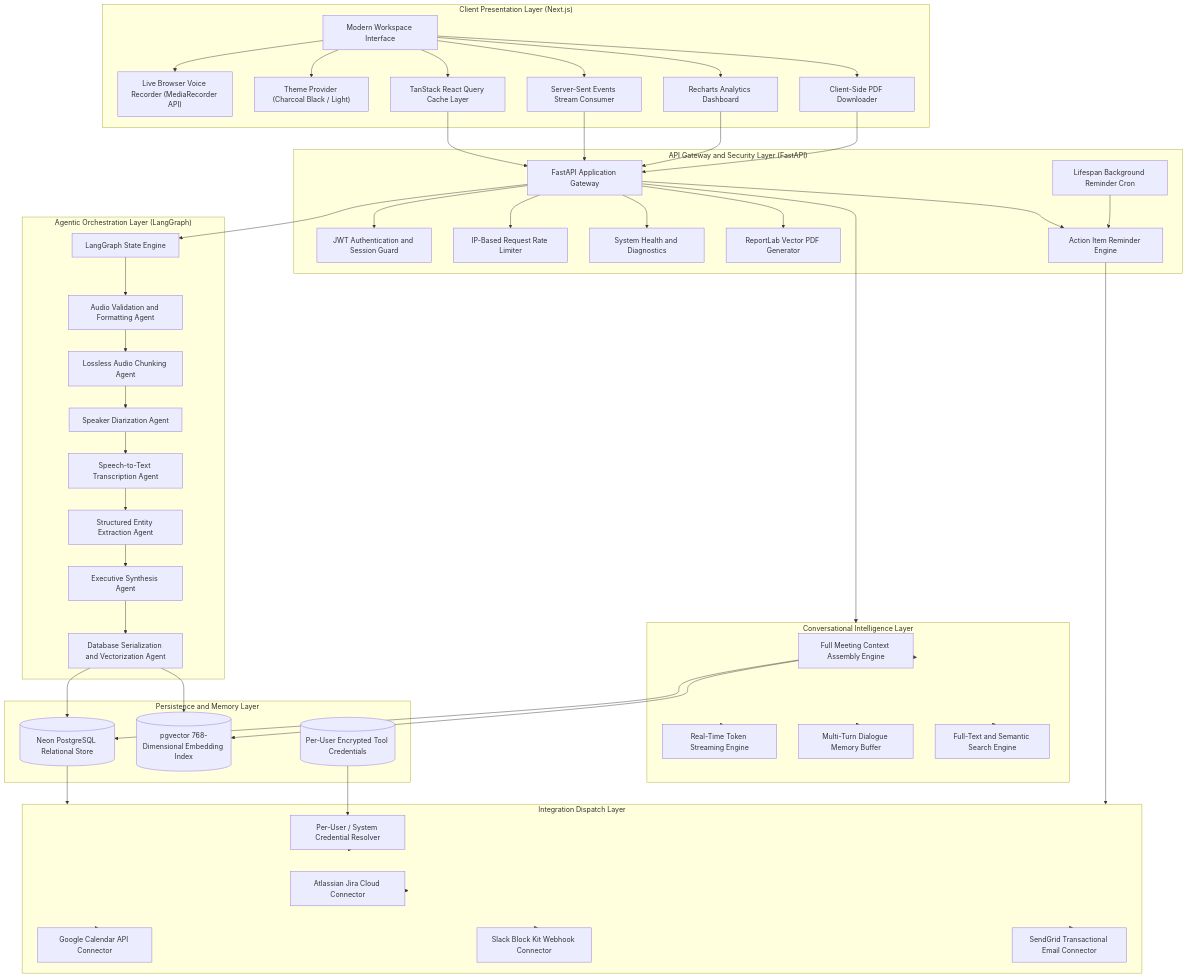
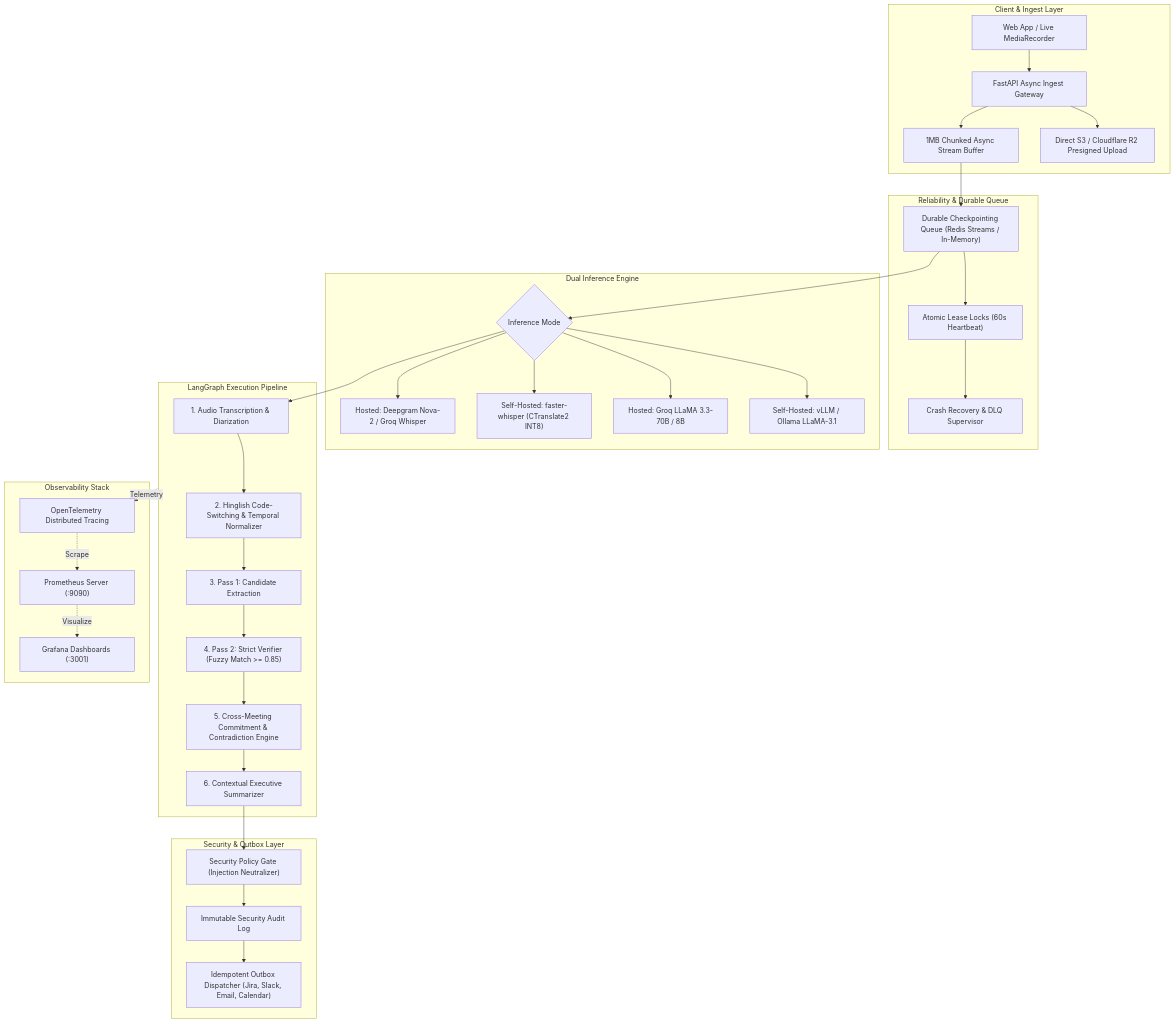
The diagram in Readme.md (ultronop592/Meeting-Intelligence-Agent), drawn with Mermaid before and after one commit. The commit also changed other lines of this file and 2 other files, not shown here.

````diff
--- a/Readme.md
+++ b/Readme.md
@@ -52,103 +40,53 @@
 ```mermaid
-graph TB
-    subgraph ClientPresentationLayer ["Client Presentation Layer (Next.js)"]
-        UI["Modern Workspace Interface"]
-        LiveRecorder["Live Browser Voice Recorder (MediaRecorder API)"]
-        ThemeEngine["Theme Provider (Charcoal Black / Light)"]
-        QueryClient["TanStack React Query Cache Layer"]
-        StreamHandler["Server-Sent Events Stream Consumer"]
-        AnalyticsUI["Recharts Analytics Dashboard"]
-        PDFExportUI["Client-Side PDF Downloader"]
+flowchart TD
+    subgraph Ingest ["Client & Ingest Layer"]
+        CLI["Web App / Live MediaRecorder"]
+        API["FastAPI Async Ingest Gateway"]
+        StreamBuffer["1MB Chunked Async Stream Buffer"]
+        PresignedS3["Direct S3 / Cloudflare R2 Presigned Upload"]
     end
 
-    subgraph APIGatewayLayer ["API Gateway and Security Layer (FastAPI)"]
-        Gateway["FastAPI Application Gateway"]
-        AuthGuard["JWT Authentication and Session Guard"]
-        RateLimiter["IP-Based Request Rate Limiter"]
-        HealthService["System Health and Diagnostics"]
-        PDFExportService["ReportLab Vector PDF Generator"]
-        ReminderService["Action Item Reminder Engine"]
-        ReminderScheduler["Lifespan Background Reminder Cron"]
+    subgraph Queue ["Reliability & Durable Queue"]
+        DurableQueue["Durable Checkpointing Queue (Redis Streams / In-Memory)"]
+        LeaseManager["Atomic Lease Locks (60s Heartbeat)"]
+        CrashSupervisor["Crash Recovery & DLQ Supervisor"]
     end
 
-    subgraph AgenticOrchestrationLayer ["Agentic Orchestration Layer (LangGraph)"]
-        GraphEngine["LangGraph State Engine"]
-        ValidationAgent["Audio Validation and Formatting Agent"]
-        SegmentationAgent["Lossless Audio Chunking Agent"]
-        DiarizationAgent["Speaker Diarization Agent"]
-        TranscriptionAgent["Speech-to-Text Transcription Agent"]
-        ExtractionAgent["Structured Entity Extraction Agent"]
-        SummaryAgent["Executive Synthesis Agent"]
-        StorageAgent["Database Serialization and Vectorization Agent"]
+    subgraph Inference ["Dual Inference Engine"]
+        ModeRouter{"Inference Mode"}
+        HostedSTT["Hosted: Deepgram Nova-2 / Groq Whisper"]
+        SelfSTT["Self-Hosted: faster-whisper (CTranslate2 INT8)"]
+        HostedLLM["Hosted: Groq LLaMA 3.3-70B / 8B"]
+        SelfLLM["Self-Hosted: vLLM / Ollama LLaMA-3.1"]
     end
 
-    subgraph ConversationalIntelligenceLayer ["Conversational Intelligence Layer"]
-        ContextAssembler["Full Meeting Context Assembly Engine"]
-        StreamingEngine["Real-Time Token Streaming Engine"]
-        ConversationalMemory["Multi-Turn Dialogue Memory Buffer"]
-        GlobalSearchEngine["Full-Text and Semantic Search Engine"]
+    subgraph Pipeline ["LangGraph Execution Pipeline"]
+        NodeTranscribe["1. Audio Transcription & Diarization"]
+        NodeHinglish["2. Hinglish Code-Switching & Temporal Normalizer"]
+        NodeExtract["3. Pass 1: Candidate Extraction"]
+        NodeVerifier["4. Pass 2: Strict Verifier (Fuzzy Match >= 0.85)"]
+        NodeCommitments["5. Cross-Meeting Commitment & Contradiction Engine"]
+        NodeSummary["6. Contextual Executive Summarizer"]
     end
 
-    subgraph PersistenceLayer ["Persistence and Memory Layer"]
-        RelationalDB[("Neon PostgreSQL Relational Store")]
-        VectorStore[("pgvector 768-Dimensional Embedding Index")]
-        UserCredentialsStore[("Per-User Encrypted Tool Credentials")]
+    subgraph SecurityOutbox ["Security & Outbox Layer"]
+        PolicyGate["Security Policy Gate (Injection Neutralizer)"]
+        AuditLog["Immutable Security Audit Log"]
+        Outbox["Idempotent Outbox Dispatcher (Jira, Slack, Email, Calendar)"]
     end
 
-    subgraph IntegrationLayer ["Integration Dispatch Layer"]
-        CredentialResolver["Per-User / System Credential Resolver"]
-        JiraConnector["Atlassian Jira Cloud Connector"]
-        CalendarConnector["Google Calendar API Connector"]
-        SlackConnector["Slack Block Kit Webhook Connector"]
-        EmailConnector["SendGrid Transactional Email Connector"]
+    subgraph Telemetry ["Observability Stack"]
+        OTel["OpenTelemetry Distributed Tracing"]
+        Prometheus["Prometheus Server (:9090)"]
+        Grafana["Grafana Dashboards (:3001)"]
     end
 
-    UI --> LiveRecorder
-    UI --> ThemeEngine
-    UI --> QueryClient
-    UI --> StreamHandler
-    UI --> AnalyticsUI
-    UI --> PDFExportUI
-
-    QueryClient --> Gateway
-    StreamHandler --> Gateway
-    AnalyticsUI --> Gateway
-    PDFExportUI --> Gateway
-
-    Gateway --> AuthGuard
-    Gateway --> RateLimiter
-    Gateway --> HealthService
-    Gateway --> PDFExportService
-    Gateway --> ReminderService
-    ReminderScheduler --> ReminderService
-
-    Gateway --> GraphEngine
-    Gateway --> ConversationalIntelligenceLayer
-
-    GraphEngine --> ValidationAgent
-    ValidationAgent --> SegmentationAgent
-    SegmentationAgent --> DiarizationAgent
-    DiarizationAgent --> TranscriptionAgent
-    TranscriptionAgent --> ExtractionAgent
-    ExtractionAgent --> SummaryAgent
-    SummaryAgent --> StorageAgent
-
-    StorageAgent --> RelationalDB
-    StorageAgent --> VectorStore
-
-    ConversationalIntelligenceLayer --> ContextAssembler
-    ContextAssembler --> RelationalDB
-    ContextAssembler --> VectorStore
-    ConversationalIntelligenceLayer --> StreamingEngine
-    ConversationalIntelligenceLayer --> ConversationalMemory
-    ConversationalIntelligenceLayer --> GlobalSearchEngine
-
-    RelationalDB --> IntegrationLayer
-    UserCredentialsStore --> CredentialResolver
-    CredentialResolver --> IntegrationLayer
-    IntegrationLayer --> JiraConnector
-    IntegrationLayer --> CalendarConnector
-    IntegrationLayer --> SlackConnector
-    IntegrationLayer --> EmailConnector
-    ReminderService --> IntegrationLayer
+    CLI --> API --> StreamBuffer --> DurableQueue
+    API --> PresignedS3
+    DurableQueue --> LeaseManager --> CrashSupervisor
+    DurableQueue --> ModeRouter
+    ModeRouter --> HostedSTT & HostedLLM & SelfSTT & SelfLLM
+    ModeRouter --> NodeTranscribe --> NodeHinglish --> NodeExtract --> NodeVerifier --> NodeCommitments --> NodeSummary
+    NodeSummary --> PolicyGate --> AuditLog --> Outbox
+    Pipeline -. Telemetry .-> OTel -. Scrape .-> Prometheus -. Visualize .-> Grafana
 ```
````
